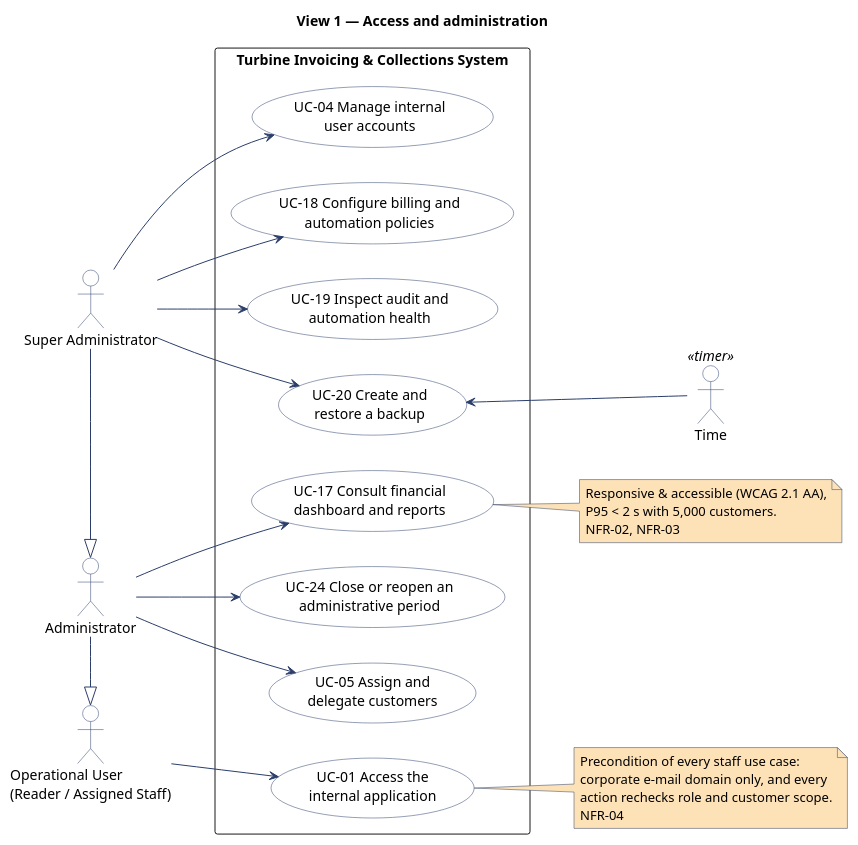
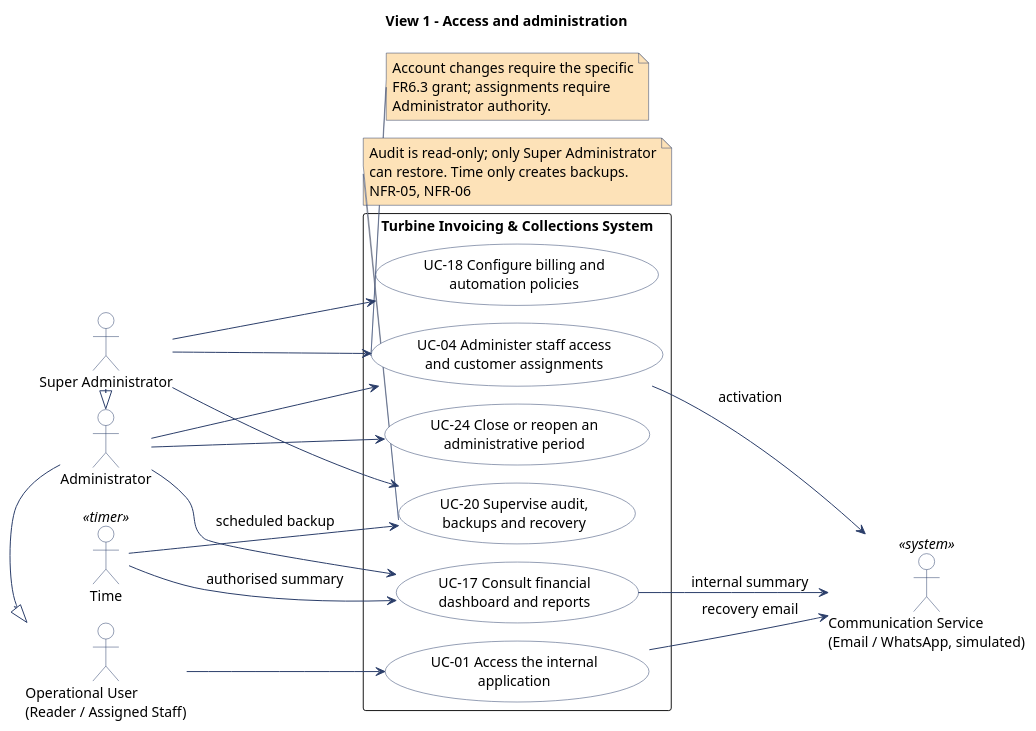
Before and after one commit to atrevete-adap/adap-project: the first of 4 diagrams in doc/src/use-case-diagram.pu, drawn with PlantUML. The commit also changed other lines of this file and 9 other files, not shown here.

```diff
--- a/doc/src/use-case-diagram.pu
+++ b/doc/src/use-case-diagram.pu
@@ -9,71 +6,70 @@
 @startuml use-case-diagram-1-administration
+!pragma layout smetana
 left to right direction
-
 skinparam shadowing false
 skinparam packageStyle rectangle
+skinparam defaultFontName SansSerif
+skinparam defaultFontSize 14
+skinparam backgroundColor #FFFFFF
 skinparam usecase {
-    BackgroundColor #FFFFFF
-    BorderColor #2B3E6A
-    FontColor #000000
+  BackgroundColor #FFFFFF
+  BorderColor #2B3E6A
+  FontColor #000000
 }
 skinparam actor {
-    BackgroundColor #FFFFFF
-    BorderColor #2B3E6A
-    FontColor #000000
+  BackgroundColor #FFFFFF
+  BorderColor #2B3E6A
+  FontColor #000000
 }
 skinparam note {
-    BackgroundColor #FDE2B8
-    BorderColor #2B3E6A
-    FontColor #000000
+  BackgroundColor #FDE2B8
+  BorderColor #2B3E6A
 }
 skinparam arrow {
-    Color #2B3E6A
+  Color #2B3E6A
 }
+title View 1 - Access and administration
 
-title View 1 — Access and administration
-
-'=== Actors ===
 actor "Operational User\n(Reader / Assigned Staff)" as OpUser
 actor "Administrator" as Admin
 actor "Super Administrator" as SuperAdmin
 actor "Time" as Time <<timer>>
+actor "Communication Service\n(Email / WhatsApp, simulated)" as CommSrv <<system>>
+
+rectangle "Turbine Invoicing & Collections System" {
+  usecase "UC-01 Access the internal\napplication" as UC01
+  usecase "UC-04 Administer staff access\nand customer assignments" as UC04
+  usecase "UC-17 Consult financial\ndashboard and reports" as UC17
+  usecase "UC-18 Configure billing and\nautomation policies" as UC18
+  usecase "UC-20 Supervise audit,\nbackups and recovery" as UC20
+  usecase "UC-24 Close or reopen an\nadministrative period" as UC24
+}
+
 Admin -|> OpUser
 SuperAdmin -|> Admin
-
-'=== System Boundary ===
-rectangle "Turbine Invoicing & Collections System" {
-    usecase "UC-01 Access the\ninternal application" as UC01
-    usecase "UC-04 Manage internal\nuser accounts" as UC04
-    usecase "UC-05 Assign and\ndelegate customers" as UC05
-    usecase "UC-17 Consult financial\ndashboard and reports" as UC17
-    usecase "UC-18 Configure billing and\nautomation policies" as UC18
-    usecase "UC-19 Inspect audit and\nautomation health" as UC19
-    usecase "UC-20 Create and\nrestore a backup" as UC20
-    usecase "UC-24 Close or reopen an\nadministrative period" as UC24
-}
-
-'=== Relationships ===
 OpUser --> UC01
-Admin --> UC05
+Admin --> UC04
+SuperAdmin --> UC04
 Admin --> UC17
 Admin --> UC24
-SuperAdmin --> UC04
 SuperAdmin --> UC18
-SuperAdmin --> UC19
 SuperAdmin --> UC20
-UC20 <-- Time
+Time --> UC20 : scheduled backup
+Time --> UC17 : authorised summary
+UC01 --> CommSrv : recovery email
+UC04 --> CommSrv : activation
+UC17 --> CommSrv : internal summary
 
-note right of UC01
-  Precondition of every staff use case:
-  corporate e-mail domain only, and every
-  action rechecks role and customer scope.
-  NFR-04
+note bottom of UC04
+  Account changes require the specific
+  FR6.3 grant; assignments require
+  Administrator authority.
 end note
 
-note right of UC17
-  Responsive & accessible (WCAG 2.1 AA),
-  P95 < 2 s with 5,000 customers.
-  NFR-02, NFR-03
+note bottom of UC20
+  Audit is read-only; only Super Administrator
+  can restore. Time only creates backups.
+  NFR-05, NFR-06
 end note
 
 @enduml
```
